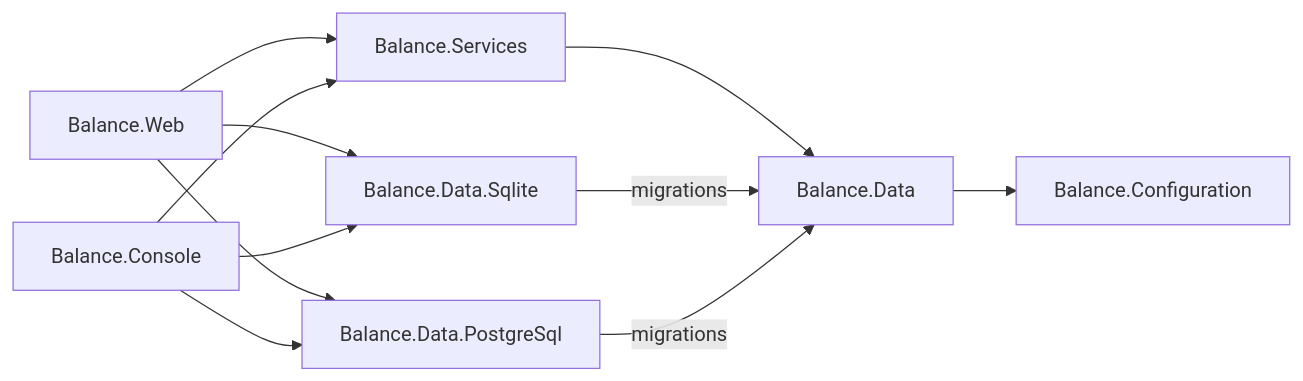
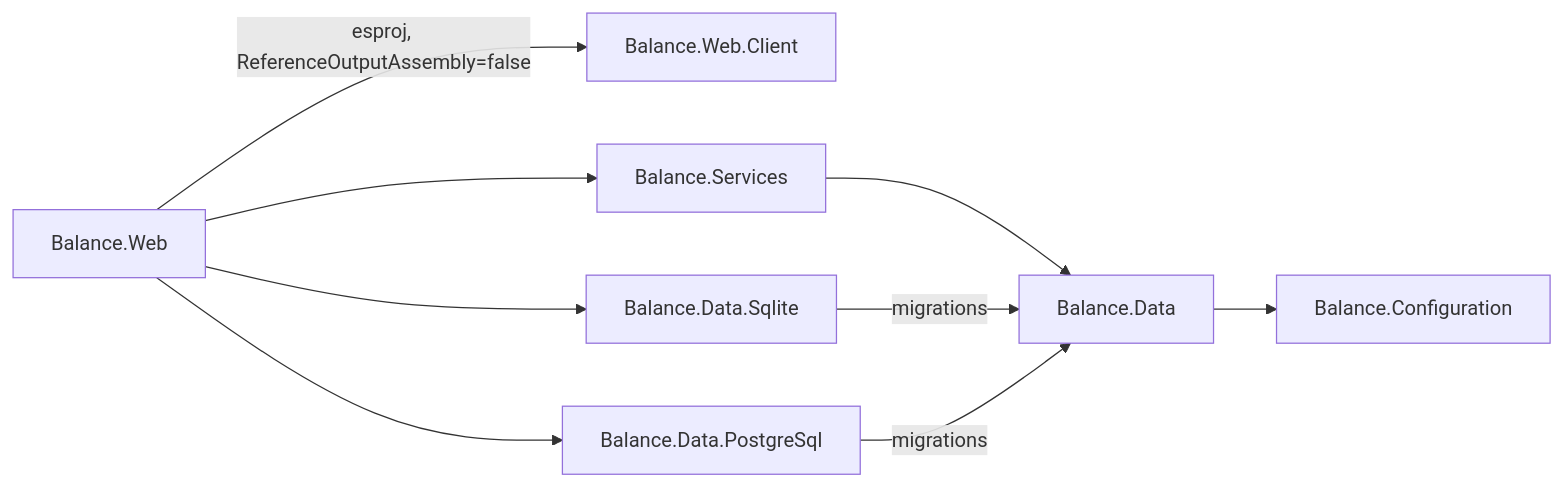
The diagram in CLAUDE.md (balance-budget/balance-budget), drawn with Mermaid before and after one commit. The commit also changed other lines of this file and 5 other files, not shown here.

````diff
--- a/CLAUDE.md
+++ b/CLAUDE.md
@@ -54,22 +62,20 @@
 ```mermaid
 graph LR
     Web[Balance.Web]
-    Console[Balance.Console]
+    Client[Balance.Web.Client]
     Services[Balance.Services]
     Data[Balance.Data]
     Configuration[Balance.Configuration]
     Sqlite[Balance.Data.Sqlite]
     Postgres[Balance.Data.PostgreSql]
 
+    Web -->|esproj, ReferenceOutputAssembly=false| Client
     Web --> Services
-    Console --> Services
     Services --> Data
     Data --> Configuration
 
     Web --> Sqlite
     Web --> Postgres
-    Console --> Sqlite
-    Console --> Postgres
     Sqlite -->|migrations| Data
     Postgres -->|migrations| Data
 ```
````
